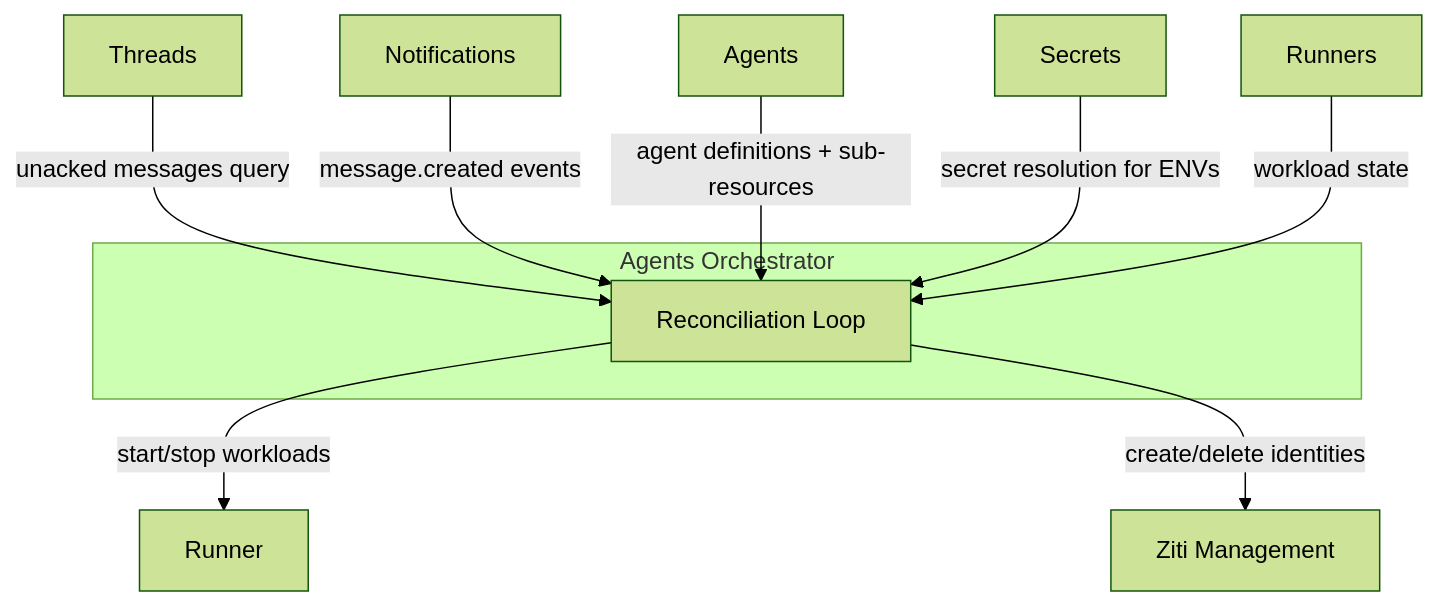
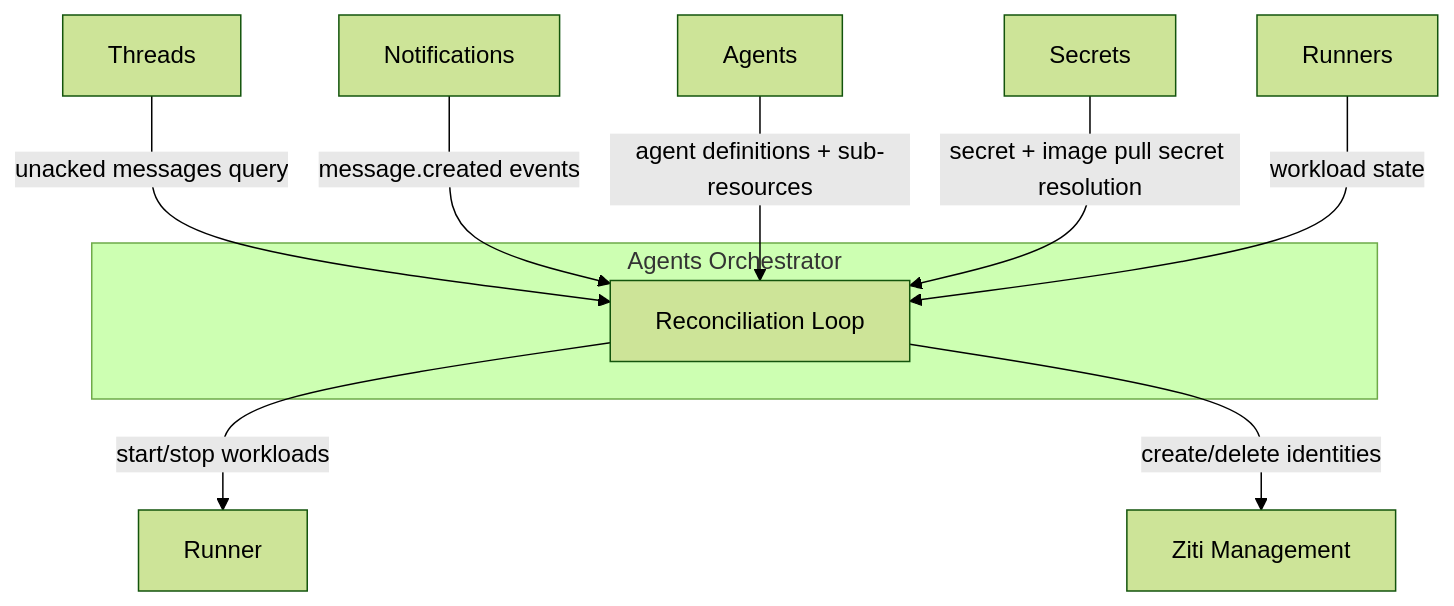
Before and after one commit to agynio/architecture: the first of 4 diagrams in architecture/agents-orchestrator.md, drawn with Mermaid (forest theme). The commit also changed other lines of this file and 9 other files, not shown here.

````diff
--- a/architecture/agents-orchestrator.md
+++ b/architecture/agents-orchestrator.md
@@ -11,14 +11,14 @@
 ```mermaid
 graph TB
     subgraph "Agents Orchestrator"
         Reconciler[Reconciliation Loop]
     end
 
     Threads -->|unacked messages query| Reconciler
     Notifications -->|message.created events| Reconciler
     Agents -->|agent definitions + sub-resources| Reconciler
-    Secrets -->|secret resolution for ENVs| Reconciler
+    Secrets -->|secret + image pull secret resolution| Reconciler
     Runners[Runners] -->|workload state| Reconciler
     Reconciler -->|start/stop workloads| Runner
     Reconciler -->|create/delete identities| ZitiMgmt[Ziti Management]
 ```
````
